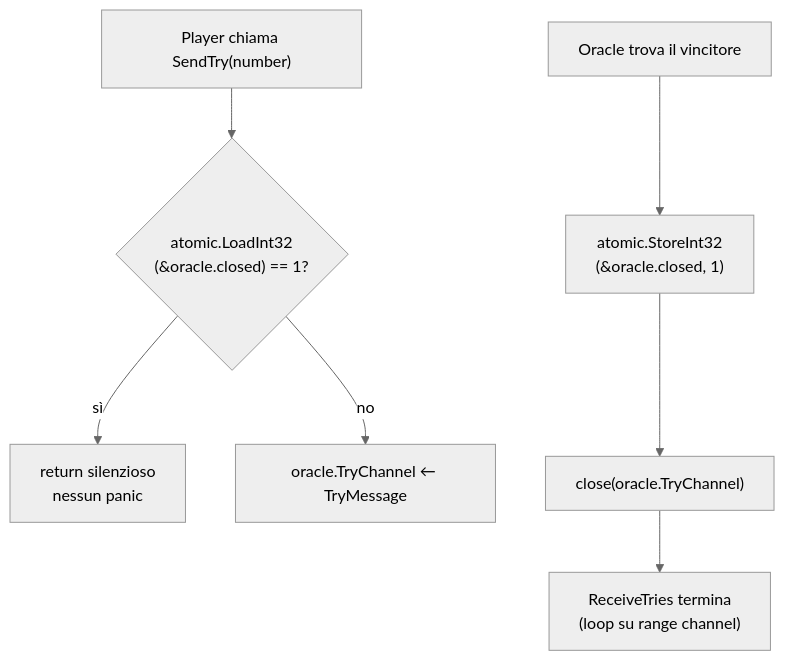
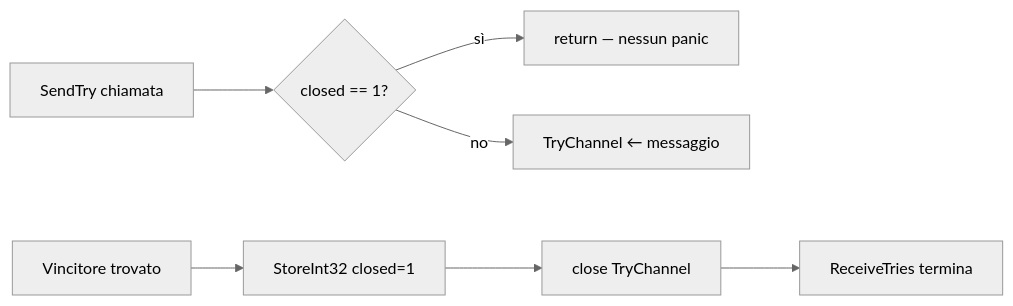
The fourth of 5 diagrams in guess-number/doc/report.md (JBmanu/PCD-03), drawn with Mermaid (neutral theme) before and after one commit. The commit also changed other lines of this file, not shown here.

Commit message:
feat: finisch report-guess number

````diff
--- a/guess-number/doc/report.md
+++ b/guess-number/doc/report.md
@@ -174,9 +136,9 @@
 ```mermaid
-flowchart TD
-    A["Player chiama SendTry(number)"] --> B{"atomic.LoadInt32\n(&oracle.closed) == 1?"}
-    B -->|" sì "| C["return silenzioso\nnessun panic"]
-    B -->|" no "| D["oracle.TryChannel ← TryMessage"]
-    E["Oracle trova il vincitore"] --> F["atomic.StoreInt32\n(&oracle.closed, 1)"]
-    F --> G["close(oracle.TryChannel)"]
-    G --> H["ReceiveTries termina\n(loop su range channel)"]
+flowchart LR
+    A["SendTry chiamata"] --> B{"closed == 1?"}
+    B -->|"sì"| C["return — nessun panic"]
+    B -->|"no"| D["TryChannel ← messaggio"]
+    E["Vincitore trovato"] --> F["StoreInt32 closed=1"]
+    F --> G["close TryChannel"]
+    G --> H["ReceiveTries termina"]
 ```
````
